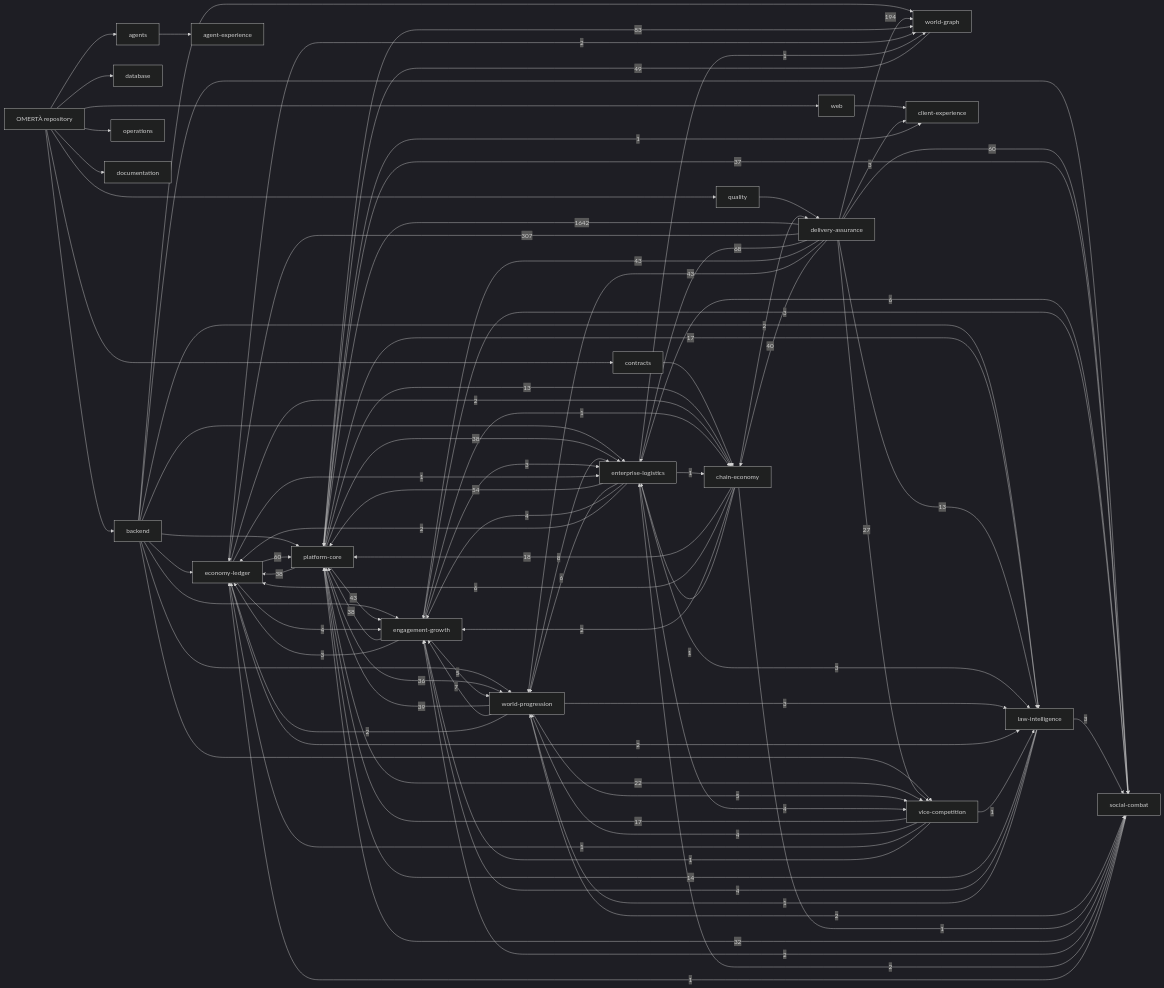
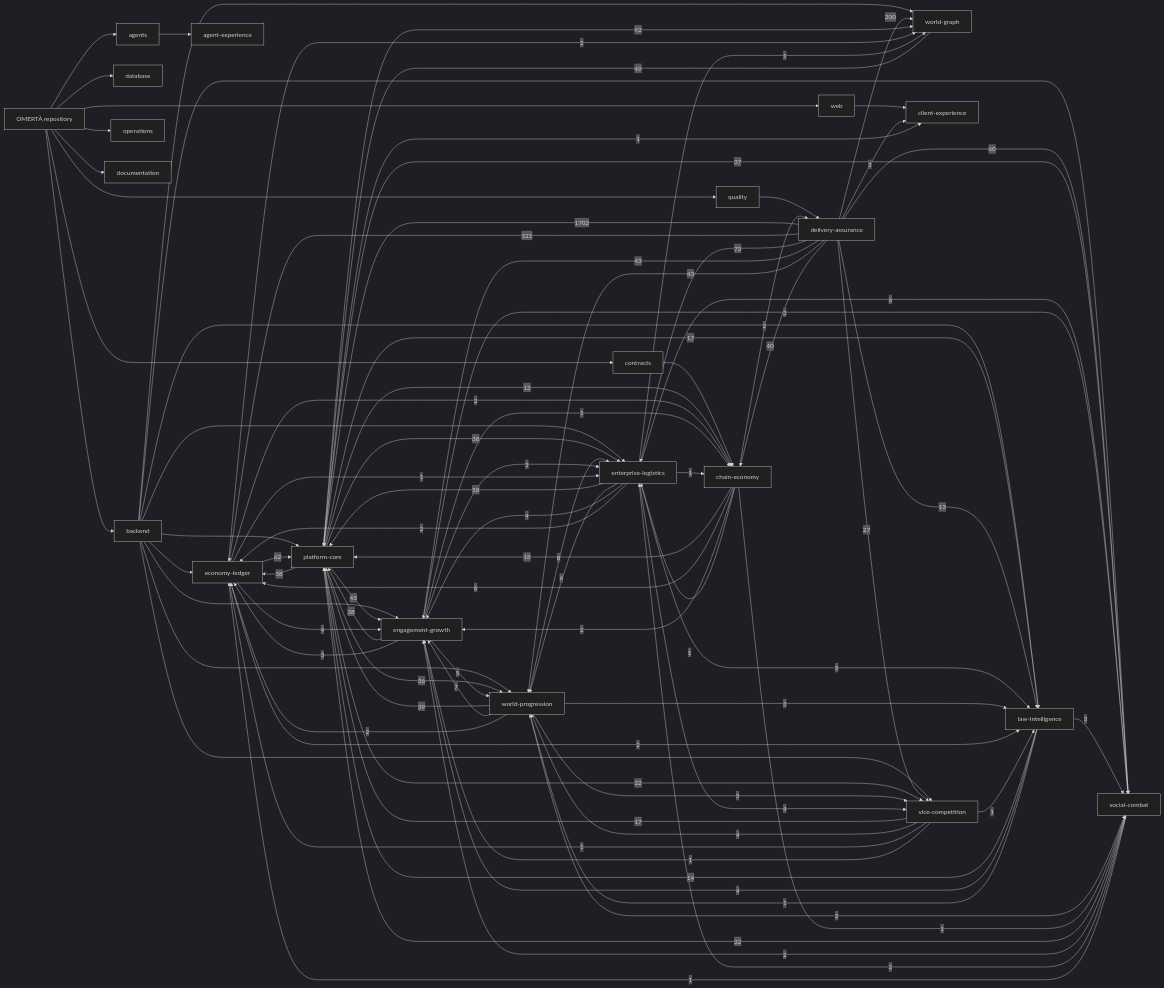
One commit to OmertaDev/Omerta changed the diagram in knowledge/generated/graph.mmd. Above: the diagram before and after it, drawn with Mermaid (dark theme). The commit also changed 9 other files, not shown here.

```diff
--- a/knowledge/generated/graph.mmd
+++ b/knowledge/generated/graph.mmd
@@ -1,113 +1,113 @@
 flowchart LR
   repo["OMERTÀ repository"]
   sub_backend["backend"]
   repo --> sub_backend
   sub_database["database"]
   repo --> sub_database
   sub_web["web"]
   repo --> sub_web
   sub_contracts["contracts"]
   repo --> sub_contracts
   sub_agents["agents"]
   repo --> sub_agents
   sub_quality["quality"]
   repo --> sub_quality
   sub_operations["operations"]
   repo --> sub_operations
   sub_documentation["documentation"]
   repo --> sub_documentation
   dom_platform-core["platform-core"]
   dom_economy-ledger["economy-ledger"]
   dom_social-combat["social-combat"]
   dom_world-progression["world-progression"]
   dom_world-graph["world-graph"]
   dom_enterprise-logistics["enterprise-logistics"]
   dom_vice-competition["vice-competition"]
   dom_law-intelligence["law-intelligence"]
   dom_chain-economy["chain-economy"]
   dom_engagement-growth["engagement-growth"]
   dom_client-experience["client-experience"]
   dom_agent-experience["agent-experience"]
   dom_delivery-assurance["delivery-assurance"]
   sub_agents --> dom_agent-experience
   sub_backend --> dom_economy-ledger
   sub_backend --> dom_engagement-growth
   sub_backend --> dom_enterprise-logistics
   sub_backend --> dom_law-intelligence
   sub_backend --> dom_platform-core
   sub_backend --> dom_social-combat
   sub_backend --> dom_vice-competition
   sub_backend --> dom_world-graph
   sub_backend --> dom_world-progression
   sub_contracts --> dom_chain-economy
   sub_quality --> dom_delivery-assurance
   sub_web --> dom_client-experience
-  dom_delivery-assurance -->|1642| dom_platform-core
-  dom_delivery-assurance -->|307| dom_economy-ledger
-  dom_delivery-assurance -->|194| dom_world-graph
-  dom_platform-core -->|83| dom_world-graph
-  dom_delivery-assurance -->|68| dom_enterprise-logistics
+  dom_delivery-assurance -->|1702| dom_platform-core
+  dom_delivery-assurance -->|321| dom_economy-ledger
+  dom_delivery-assurance -->|200| dom_world-graph
+  dom_platform-core -->|92| dom_world-graph
+  dom_delivery-assurance -->|73| dom_enterprise-logistics
+  dom_economy-ledger -->|62| dom_platform-core
   dom_delivery-assurance -->|60| dom_social-combat
-  dom_economy-ledger -->|60| dom_platform-core
-  dom_enterprise-logistics -->|54| dom_platform-core
+  dom_enterprise-logistics -->|58| dom_platform-core
   dom_world-graph -->|49| dom_platform-core
   dom_delivery-assurance -->|43| dom_engagement-growth
   dom_delivery-assurance -->|43| dom_world-progression
   dom_platform-core -->|43| dom_engagement-growth
   dom_delivery-assurance -->|40| dom_chain-economy
   dom_world-progression -->|39| dom_platform-core
   dom_engagement-growth -->|38| dom_platform-core
   dom_platform-core -->|38| dom_economy-ledger
   dom_platform-core -->|38| dom_enterprise-logistics
   dom_platform-core -->|37| dom_social-combat
   dom_platform-core -->|36| dom_world-progression
   dom_social-combat -->|32| dom_platform-core
   dom_delivery-assurance -->|27| dom_vice-competition
   dom_platform-core -->|22| dom_vice-competition
   dom_chain-economy -->|18| dom_platform-core
   dom_platform-core -->|17| dom_law-intelligence
   dom_vice-competition -->|17| dom_platform-core
   dom_law-intelligence -->|14| dom_platform-core
   dom_delivery-assurance -->|13| dom_law-intelligence
   dom_platform-core -->|13| dom_chain-economy
   dom_world-progression -->|8| dom_enterprise-logistics
   dom_world-progression -->|7| dom_engagement-growth
   dom_chain-economy -->|6| dom_economy-ledger
   dom_enterprise-logistics -->|6| dom_social-combat
   dom_enterprise-logistics -->|6| dom_world-progression
   dom_engagement-growth -->|5| dom_world-progression
   dom_world-progression -->|5| dom_vice-competition
   dom_economy-ledger -->|4| dom_engagement-growth
   dom_enterprise-logistics -->|4| dom_engagement-growth
   dom_enterprise-logistics -->|4| dom_vice-competition
   dom_law-intelligence -->|4| dom_engagement-growth
   dom_vice-competition -->|4| dom_world-progression
   dom_delivery-assurance -->|3| dom_client-experience
   dom_engagement-growth -->|3| dom_economy-ledger
   dom_engagement-growth -->|3| dom_enterprise-logistics
   dom_engagement-growth -->|3| dom_social-combat
   dom_enterprise-logistics -->|3| dom_law-intelligence
   dom_law-intelligence -->|3| dom_social-combat
   dom_world-progression -->|3| dom_law-intelligence
   dom_chain-economy -->|2| dom_delivery-assurance
   dom_chain-economy -->|2| dom_engagement-growth
   dom_economy-ledger -->|2| dom_chain-economy
   dom_economy-ledger -->|2| dom_law-intelligence
   dom_economy-ledger -->|2| dom_world-graph
   dom_enterprise-logistics -->|2| dom_economy-ledger
   dom_social-combat -->|2| dom_engagement-growth
   dom_social-combat -->|2| dom_enterprise-logistics
   dom_world-progression -->|2| dom_economy-ledger
   dom_world-progression -->|2| dom_social-combat
   dom_chain-economy -->|1| dom_enterprise-logistics
   dom_chain-economy -->|1| dom_social-combat
   dom_economy-ledger -->|1| dom_enterprise-logistics
   dom_engagement-growth -->|1| dom_chain-economy
   dom_enterprise-logistics -->|1| dom_chain-economy
   dom_enterprise-logistics -->|1| dom_world-graph
   dom_law-intelligence -->|1| dom_world-progression
   dom_platform-core -->|1| dom_client-experience
   dom_social-combat -->|1| dom_economy-ledger
   dom_vice-competition -->|1| dom_economy-ledger
   dom_vice-competition -->|1| dom_engagement-growth
   dom_vice-competition -->|1| dom_law-intelligence
```
